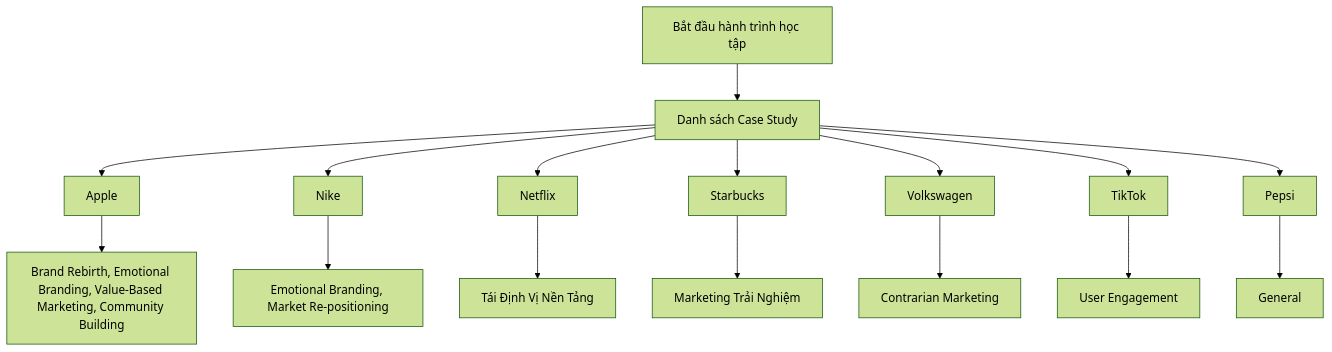
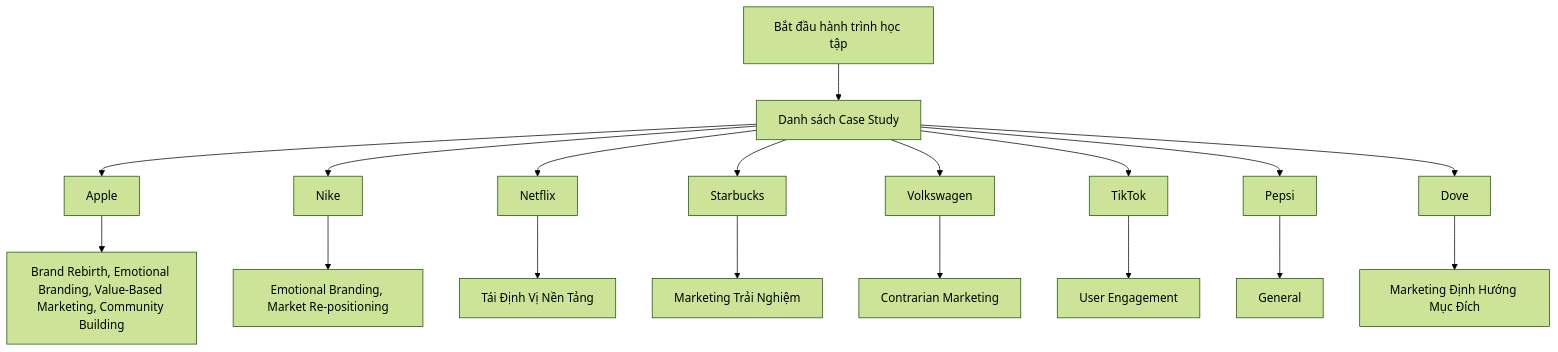
The diagram in README.md (quy2003/daily-marketing-cases), drawn with Mermaid (forest theme) before and after one commit. The commit also changed other lines of this file and 3 other files, not shown here.

Commit message:
chore: auto-generate daily marketing case & podcast [skip ci]

````diff
--- a/README.md
+++ b/README.md
@@ -25,18 +25,20 @@
 ```mermaid
 graph TD
     Start[Bắt đầu hành trình học tập] --> DailyCases[Danh sách Case Study]
     DailyCases --> Apple["Apple"]
     Apple --> BrandRebirthEmotionalBrandingValueBasedMarketingCommunityBuilding["Brand Rebirth, Emotional Branding, Value-Based Marketing, Community Building"]
     DailyCases --> Nike["Nike"]
     Nike --> EmotionalBrandingMarketRepositioning["Emotional Branding, Market Re-positioning"]
     DailyCases --> Netflix["Netflix"]
     Netflix --> TinhVNnTng["Tái Định Vị Nền Tảng"]
     DailyCases --> Starbucks["Starbucks"]
     Starbucks --> MarketingTriNghim["Marketing Trải Nghiệm"]
     DailyCases --> Volkswagen["Volkswagen"]
     Volkswagen --> ContrarianMarketing["Contrarian Marketing"]
     DailyCases --> TikTok["TikTok"]
     TikTok --> UserEngagement["User Engagement"]
     DailyCases --> Pepsi["Pepsi"]
     Pepsi --> General["General"]
+    DailyCases --> Dove["Dove"]
+    Dove --> MarketingnhHngMcch["Marketing Định Hướng Mục Đích"]
 ```
````
